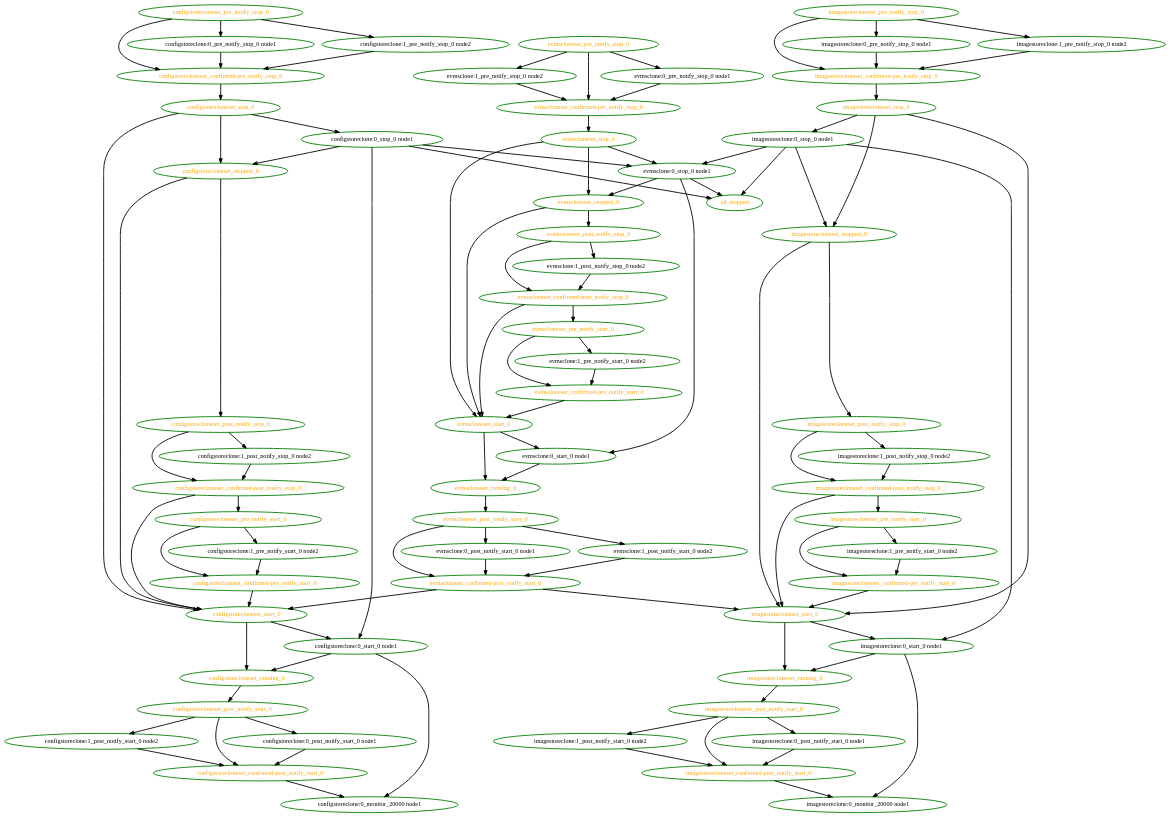
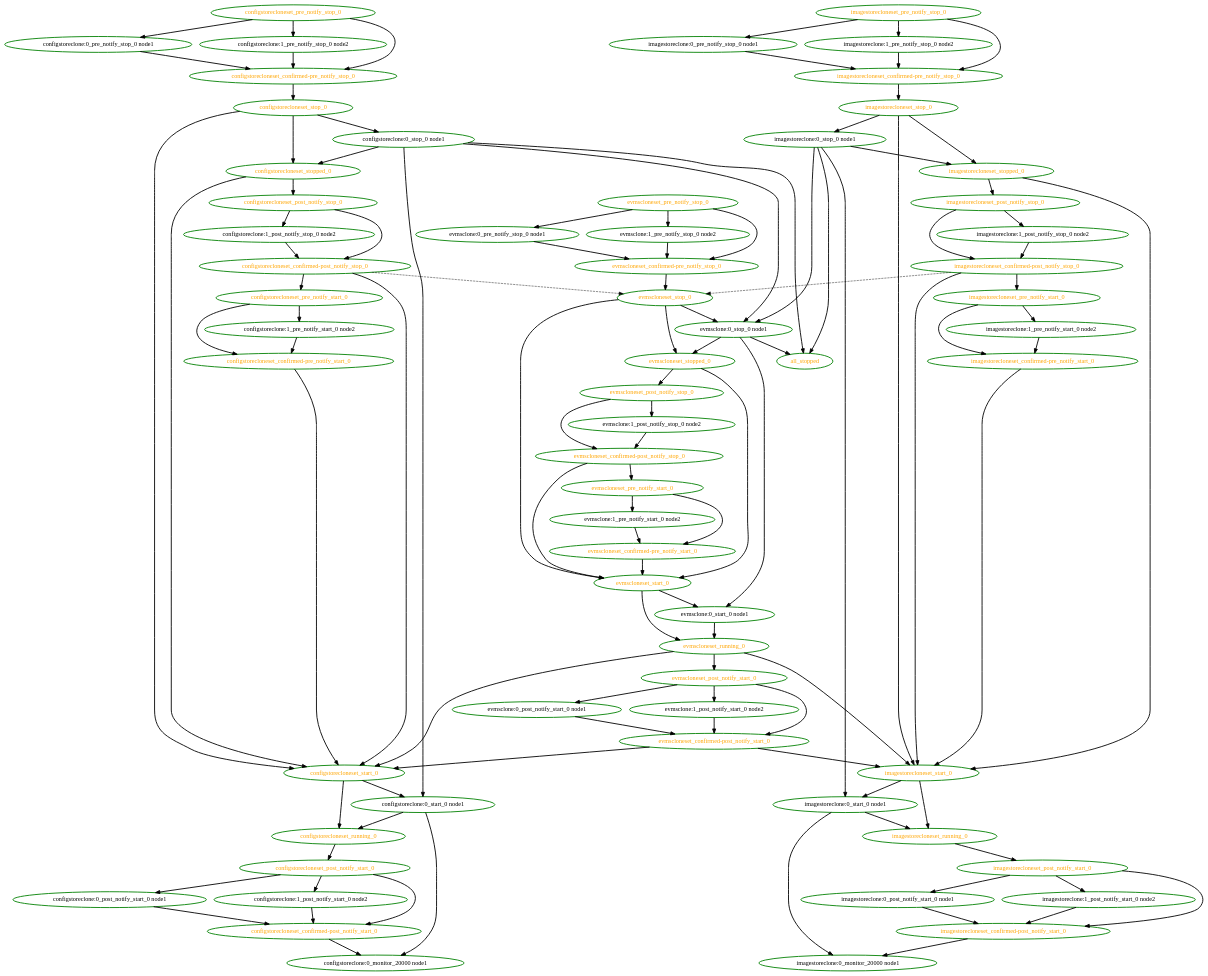
Before and after one commit to linux-ha-japan/pm_diskd: the diagram in pengine/testcases/interleave-restart.dot, drawn with Graphviz. The commit also changed 23 other files, not shown here.

```diff
--- a/pengine/testcases/interleave-restart.dot
+++ b/pengine/testcases/interleave-restart.dot
@@ -25,6 +25,7 @@
 "configstorecloneset_confirmed-post_notify_start_0" [ style=bold color="green" fontcolor="orange"  ]
 "configstorecloneset_confirmed-post_notify_stop_0" -> "configstorecloneset_pre_notify_start_0" [ style = bold]
 "configstorecloneset_confirmed-post_notify_stop_0" -> "configstorecloneset_start_0" [ style = bold]
+"configstorecloneset_confirmed-post_notify_stop_0" -> "evmscloneset_stop_0" [ style = dashed]
 "configstorecloneset_confirmed-post_notify_stop_0" [ style=bold color="green" fontcolor="orange"  ]
 "configstorecloneset_confirmed-pre_notify_start_0" -> "configstorecloneset_start_0" [ style = bold]
 "configstorecloneset_confirmed-pre_notify_start_0" [ style=bold color="green" fontcolor="orange"  ]
@@ -98,7 +99,9 @@
 "evmscloneset_pre_notify_stop_0" -> "evmsclone:1_pre_notify_stop_0 node2" [ style = bold]
 "evmscloneset_pre_notify_stop_0" -> "evmscloneset_confirmed-pre_notify_stop_0" [ style = bold]
 "evmscloneset_pre_notify_stop_0" [ style=bold color="green" fontcolor="orange"  ]
+"evmscloneset_running_0" -> "configstorecloneset_start_0" [ style = bold]
 "evmscloneset_running_0" -> "evmscloneset_post_notify_start_0" [ style = bold]
+"evmscloneset_running_0" -> "imagestorecloneset_start_0" [ style = bold]
 "evmscloneset_running_0" [ style=bold color="green" fontcolor="orange"  ]
 "evmscloneset_start_0" -> "evmsclone:0_start_0 node1" [ style = bold]
 "evmscloneset_start_0" -> "evmscloneset_running_0" [ style = bold]
@@ -133,6 +136,7 @@
 "imagestoreclone:1_pre_notify_stop_0 node2" [ style=bold color="green" fontcolor="black"  ]
 "imagestorecloneset_confirmed-post_notify_start_0" -> "imagestoreclone:0_monitor_20000 node1" [ style = bold]
 "imagestorecloneset_confirmed-post_notify_start_0" [ style=bold color="green" fontcolor="orange"  ]
+"imagestorecloneset_confirmed-post_notify_stop_0" -> "evmscloneset_stop_0" [ style = dashed]
 "imagestorecloneset_confirmed-post_notify_stop_0" -> "imagestorecloneset_pre_notify_start_0" [ style = bold]
 "imagestorecloneset_confirmed-post_notify_stop_0" -> "imagestorecloneset_start_0" [ style = bold]
 "imagestorecloneset_confirmed-post_notify_stop_0" [ style=bold color="green" fontcolor="orange"  ]
```
